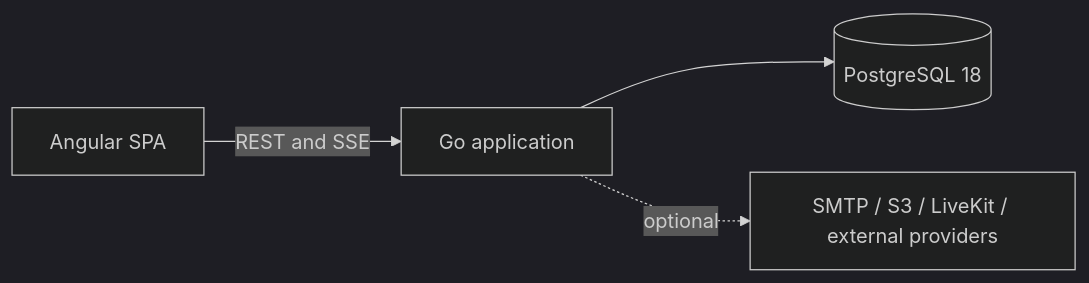
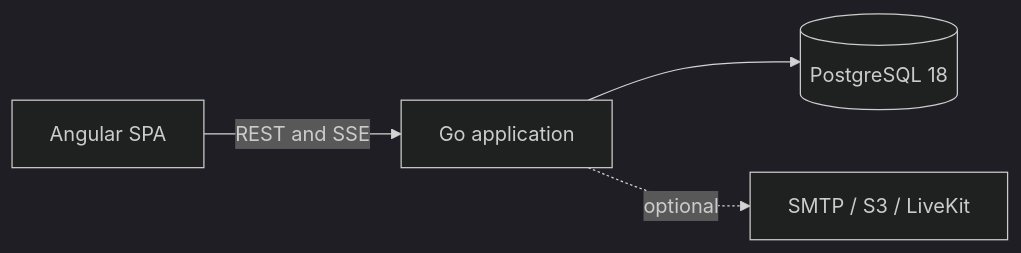
One commit to intrider-dev/veltrix-crm changed the diagram in README.md. Above: the diagram before and after it, drawn with Mermaid (dark theme). The commit also changed other lines of this file and 8 other files, not shown here.

````diff
--- a/README.md
+++ b/README.md
@@ -52,6 +53,6 @@
 ```mermaid
 flowchart LR
   Browser[Angular SPA] -->|REST and SSE| App[Go application]
   App --> PostgreSQL[(PostgreSQL 18)]
-  App -. optional .-> Services[SMTP / S3 / LiveKit / external providers]
+  App -. optional .-> Services[SMTP / S3 / LiveKit]
 ```
````
